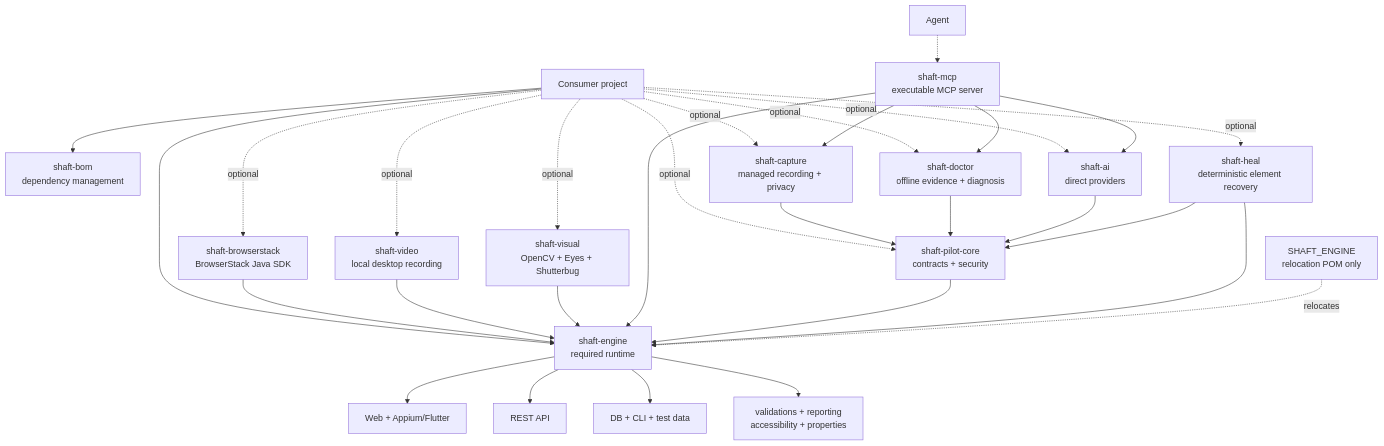
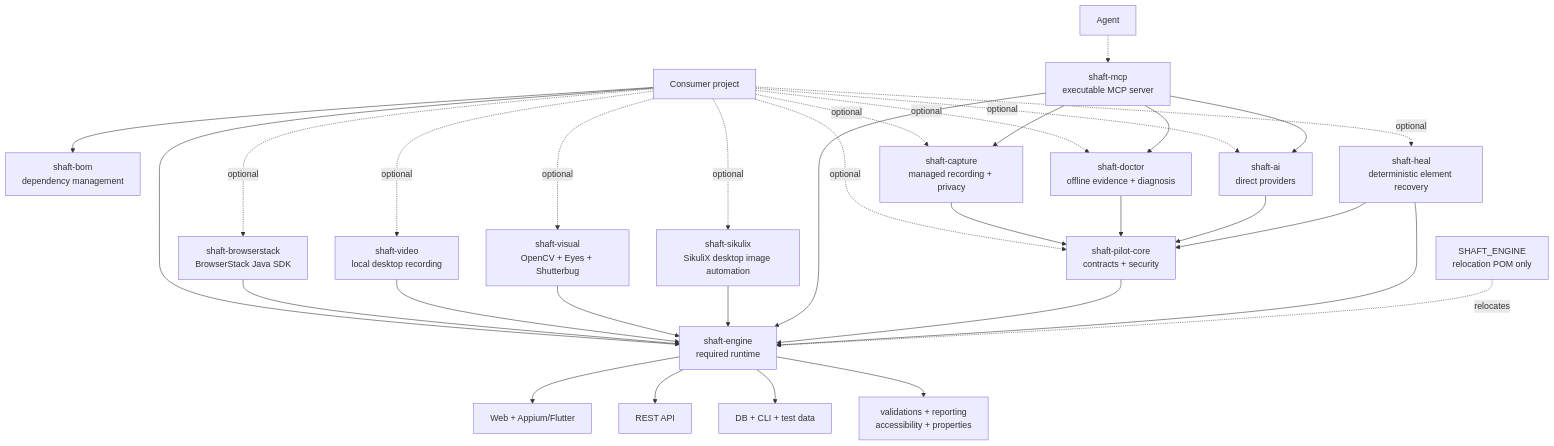
The first of 2 diagrams in docs/features/architecture.md (ShaftHQ/shafthq.github.io), drawn with Mermaid before and after one commit. The commit also changed other lines of this file and 9 other files, not shown here.

First line of the commit message:
Document SikuliX optional module (#672)

````diff
--- a/docs/features/architecture.md
+++ b/docs/features/architecture.md
@@ -22,35 +22,37 @@
 ```mermaid
 flowchart TB
     Consumer["Consumer project"] --> BOM["shaft-bom<br/>dependency management"]
     Consumer --> Engine["shaft-engine<br/>required runtime"]
     Consumer -.->|optional| PilotCore["shaft-pilot-core<br/>contracts + security"]
     Consumer -.->|optional| Capture["shaft-capture<br/>managed recording + privacy"]
     Consumer -.->|optional| Doctor["shaft-doctor<br/>offline evidence + diagnosis"]
     Consumer -.->|optional| AI["shaft-ai<br/>direct providers"]
     Consumer -.->|optional| Heal["shaft-heal<br/>deterministic element recovery"]
     Consumer -.->|optional| BrowserStack["shaft-browserstack<br/>BrowserStack Java SDK"]
     Consumer -.->|optional| Video["shaft-video<br/>local desktop recording"]
     Consumer -.->|optional| Visual["shaft-visual<br/>OpenCV + Eyes + Shutterbug"]
+    Consumer -.->|optional| SikuliX["shaft-sikulix<br/>SikuliX desktop image automation"]
     Agent -.-> MCP["shaft-mcp<br/>executable MCP server"]
 
     BrowserStack --> Engine
     Video --> Engine
     Visual --> Engine
+    SikuliX --> Engine
     MCP --> Engine
     MCP --> Capture
     MCP --> Doctor
     MCP --> AI
     PilotCore --> Engine
     Capture --> PilotCore
     Doctor --> PilotCore
     AI --> PilotCore
     Heal --> Engine
     Heal --> PilotCore
 
     Legacy["SHAFT_ENGINE<br/>relocation POM only"] -.->|relocates| Engine
 
     Engine --> GUI["Web + Appium/Flutter"]
     Engine --> API["REST API"]
     Engine --> Data["DB + CLI + test data"]
     Engine --> Support["validations + reporting<br/>accessibility + properties"]
 ```
````
